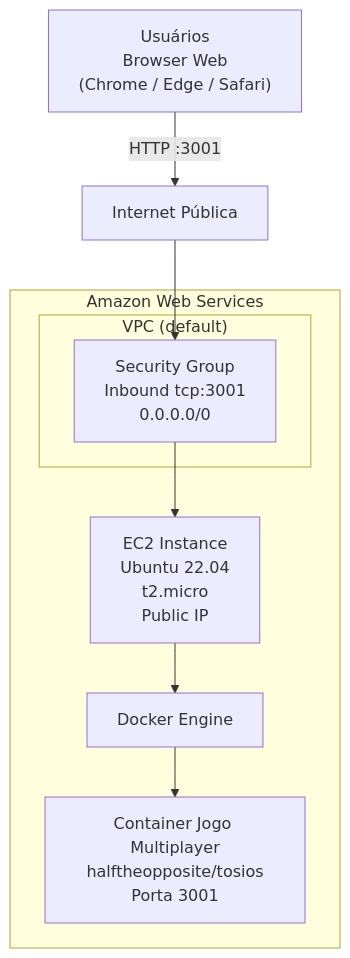
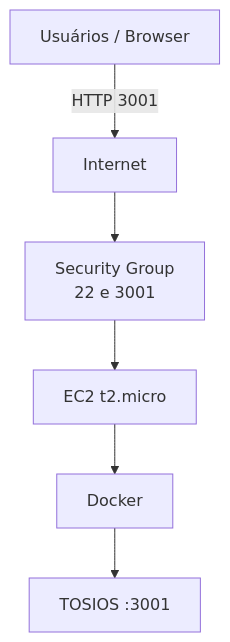
One commit to toolbox-playground/aulas-cloud-devops-exercicios-labs changed the diagram in cloud-computing-labs/aws/labs/lab-001-jogo-web-multiplayer-ec2/README.md. Above: the diagram before and after it, drawn with Mermaid. The commit also changed other lines of this file, not shown here.

Commit message:
docs(aws): simplifica lab e move arquitetura para dropdown

````diff
--- a/cloud-computing-labs/aws/labs/lab-001-jogo-web-multiplayer-ec2/README.md
+++ b/cloud-computing-labs/aws/labs/lab-001-jogo-web-multiplayer-ec2/README.md
@@ -49,21 +38,8 @@
 ```mermaid
 flowchart TB
-   U["Usuários<br/>Browser Web<br/>(Chrome / Edge / Safari)"]
-   I["Internet Pública"]
-
-   subgraph AWS["Amazon Web Services"]
-      subgraph VPC["VPC (default)"]
-         SG["Security Group<br/>Inbound tcp:3001<br/>0.0.0.0/0"]
-      end
-
-      EC2["EC2 Instance<br/>Ubuntu 22.04<br/>t2.micro<br/>Public IP"]
-      DOCKER["Docker Engine"]
-      APP["Container Jogo Multiplayer<br/>halftheopposite/tosios<br/>Porta 3001"]
-   end
-
-   U -->|HTTP :3001| I
-   I --> SG
-   SG --> EC2
-   EC2 --> DOCKER
-   DOCKER --> APP
+   U["Usuários / Browser"] -->|HTTP 3001| I["Internet"]
+   I --> SG["Security Group\n22 e 3001"]
+   SG --> EC2["EC2 t2.micro"]
+   EC2 --> D["Docker"]
+   D --> APP["TOSIOS :3001"]
 ```
````
